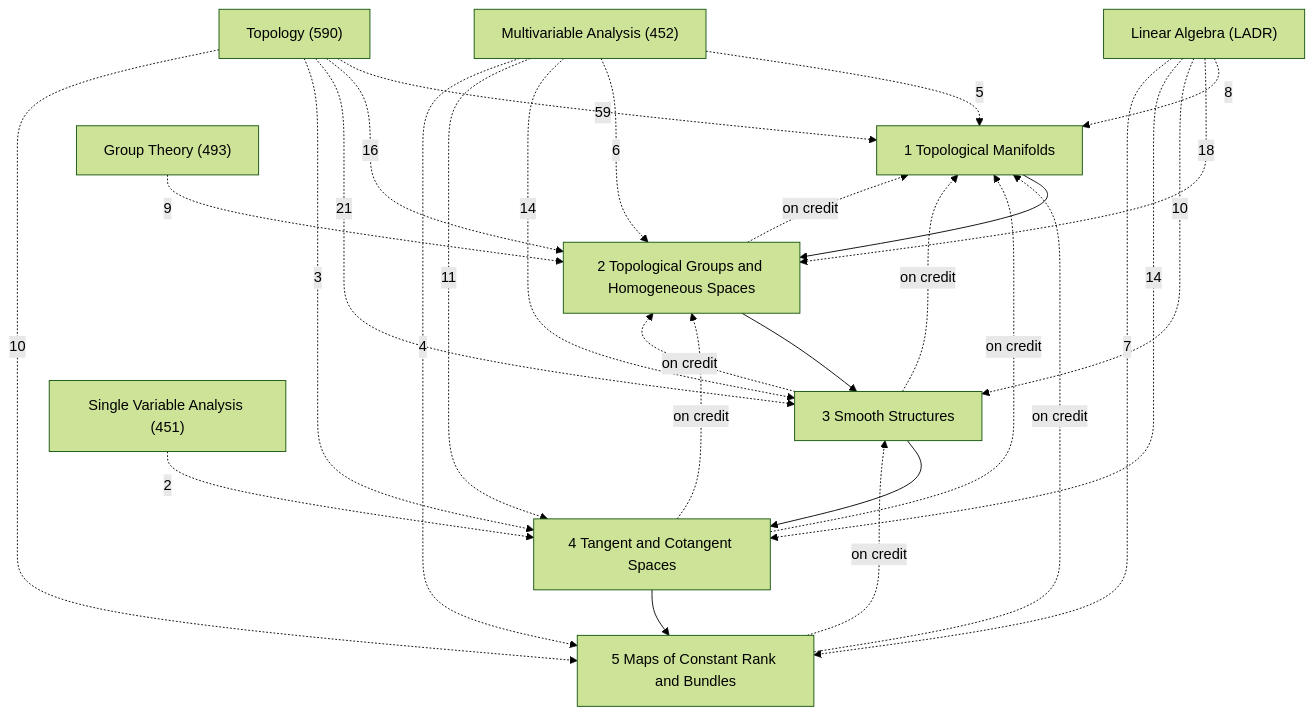
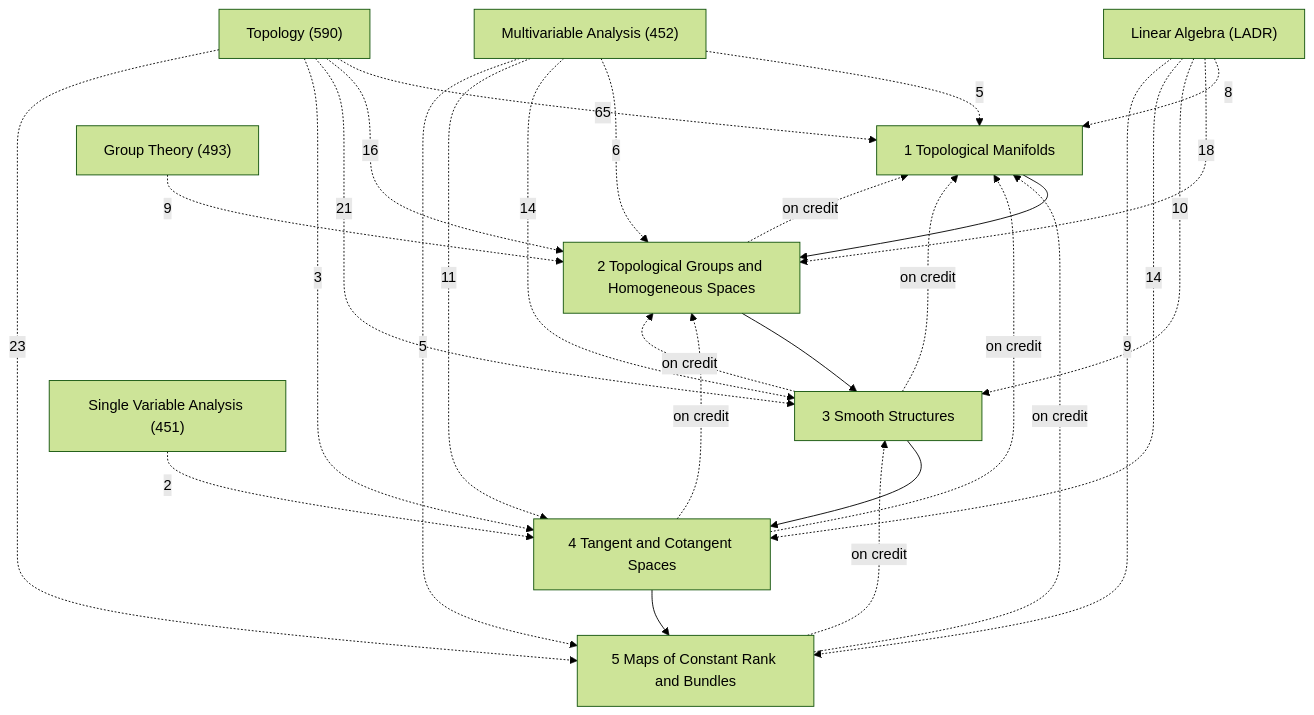
One commit to Onion20040508/notes changed the diagram in Math/Differentiable Manifolds/Differentiable Manifolds.md. Above: the diagram before and after it, drawn with Mermaid (forest theme). The commit also changed other lines of this file and 29 other files, not shown here.

````diff
--- a/Math/Differentiable Manifolds/Differentiable Manifolds.md
+++ b/Math/Differentiable Manifolds/Differentiable Manifolds.md
@@ -27,41 +27,41 @@
 ```mermaid
 graph TD
   C1["1 Topological Manifolds"]
   C2["2 Topological Groups and Homogeneous Spaces"]
   C3["3 Smooth Structures"]
   C4["4 Tangent and Cotangent Spaces"]
   C5["5 Maps of Constant Rank and Bundles"]
   X1["Topology (590)"]
   X2["Multivariable Analysis (452)"]
   X3["Linear Algebra (LADR)"]
   X4["Group Theory (493)"]
   X5["Single Variable Analysis (451)"]
   C1 --> C2
   C2 --> C3
   C3 --> C4
   C4 --> C5
   C2 -.->|on credit| C1
   C3 -.->|on credit| C1
   C3 -.->|on credit| C2
   C4 -.->|on credit| C1
   C4 -.->|on credit| C2
   C5 -.->|on credit| C1
   C5 -.->|on credit| C3
   X4 -.->|9| C2
   X3 -.->|8| C1
   X3 -.->|18| C2
   X3 -.->|10| C3
   X3 -.->|14| C4
-  X3 -.->|7| C5
+  X3 -.->|9| C5
   X2 -.->|5| C1
   X2 -.->|6| C2
   X2 -.->|14| C3
   X2 -.->|11| C4
-  X2 -.->|4| C5
+  X2 -.->|5| C5
   X5 -.->|2| C4
-  X1 -.->|59| C1
+  X1 -.->|65| C1
   X1 -.->|16| C2
   X1 -.->|21| C3
   X1 -.->|3| C4
-  X1 -.->|10| C5
+  X1 -.->|23| C5
 ```
````
